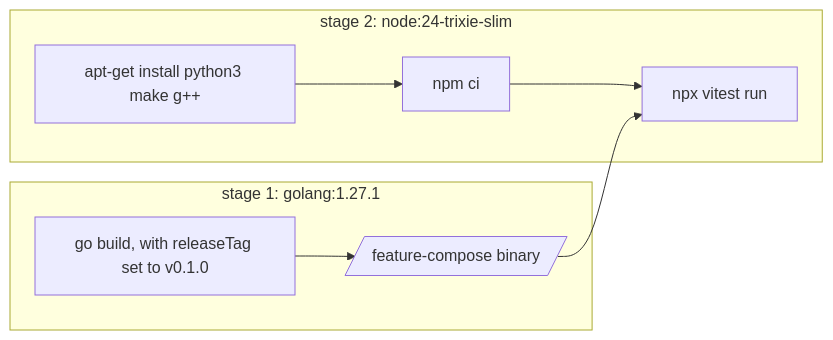
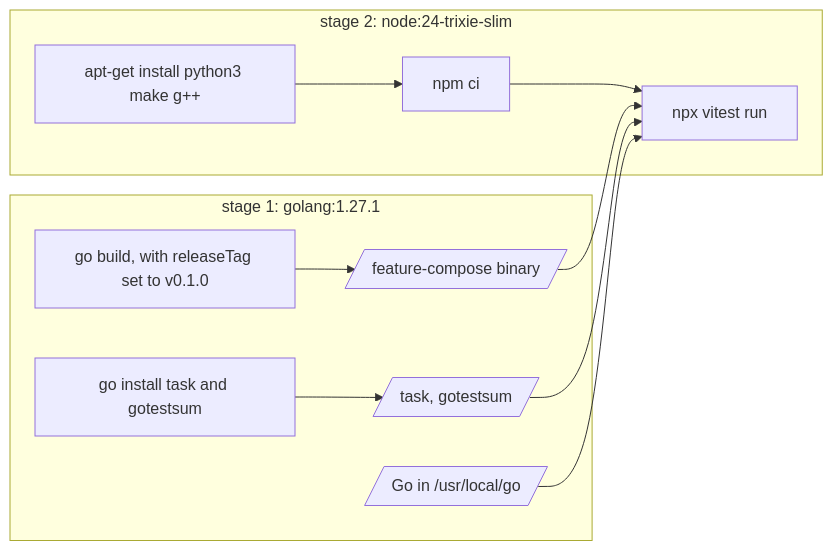
One commit to hpcsc/feature-compose changed the third of 3 diagrams in docs/e2e-tests.md. Above: the diagram before and after it, drawn with Mermaid. The commit also changed other lines of this file and 5 other files, not shown here.

````diff
--- a/docs/e2e-tests.md
+++ b/docs/e2e-tests.md
@@ -91,11 +112,15 @@
 ```mermaid
 flowchart LR
     subgraph builder["stage 1: golang:1.27.1"]
         G["go build, with releaseTag set to v0.1.0"] --> BIN[/"feature-compose binary"/]
+        I["go install task and gotestsum"] --> TOOLS[/"task, gotestsum"/]
+        GO[/"Go in /usr/local/go"/]
     end
     subgraph runner["stage 2: node:24-trixie-slim"]
         APT["apt-get install python3 make g++"] --> NPM["npm ci"]
         NPM --> RUN["npx vitest run"]
     end
     BIN --> RUN
+    TOOLS --> RUN
+    GO --> RUN
 ```
````
